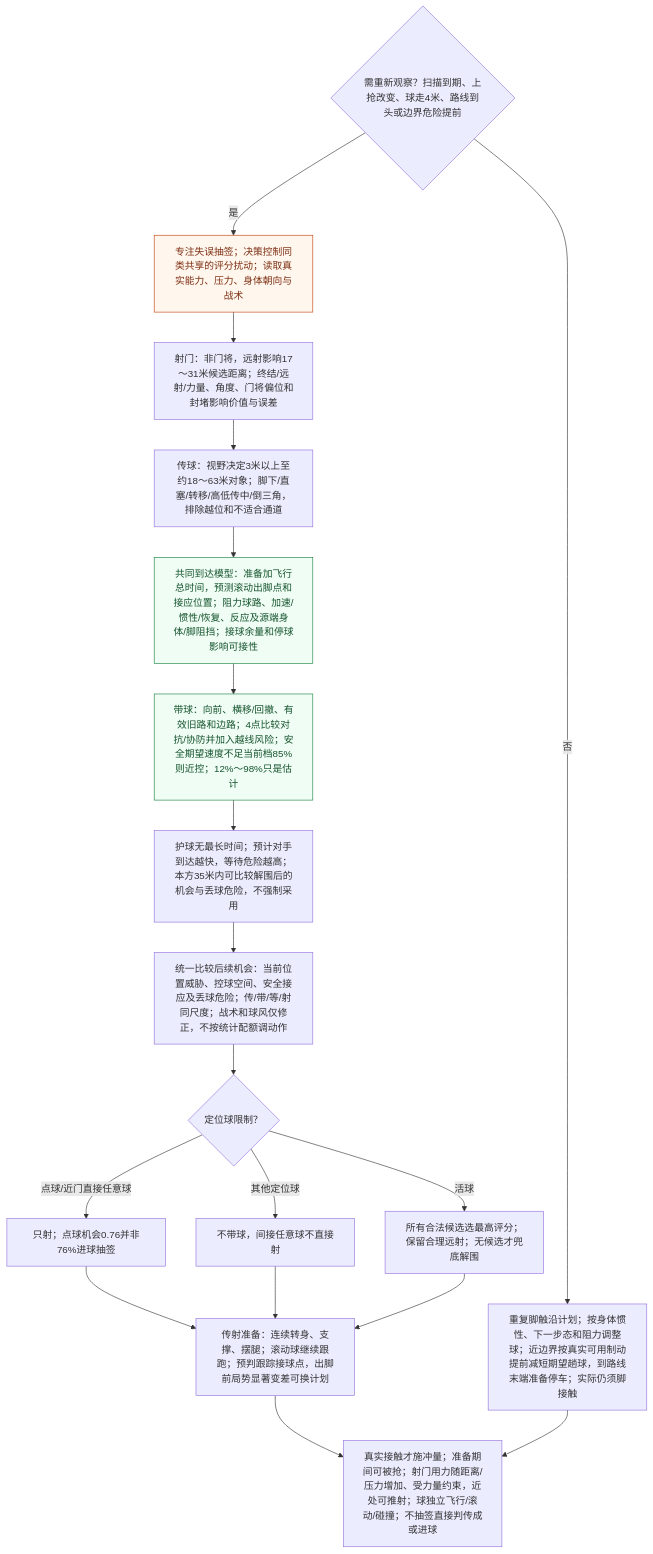
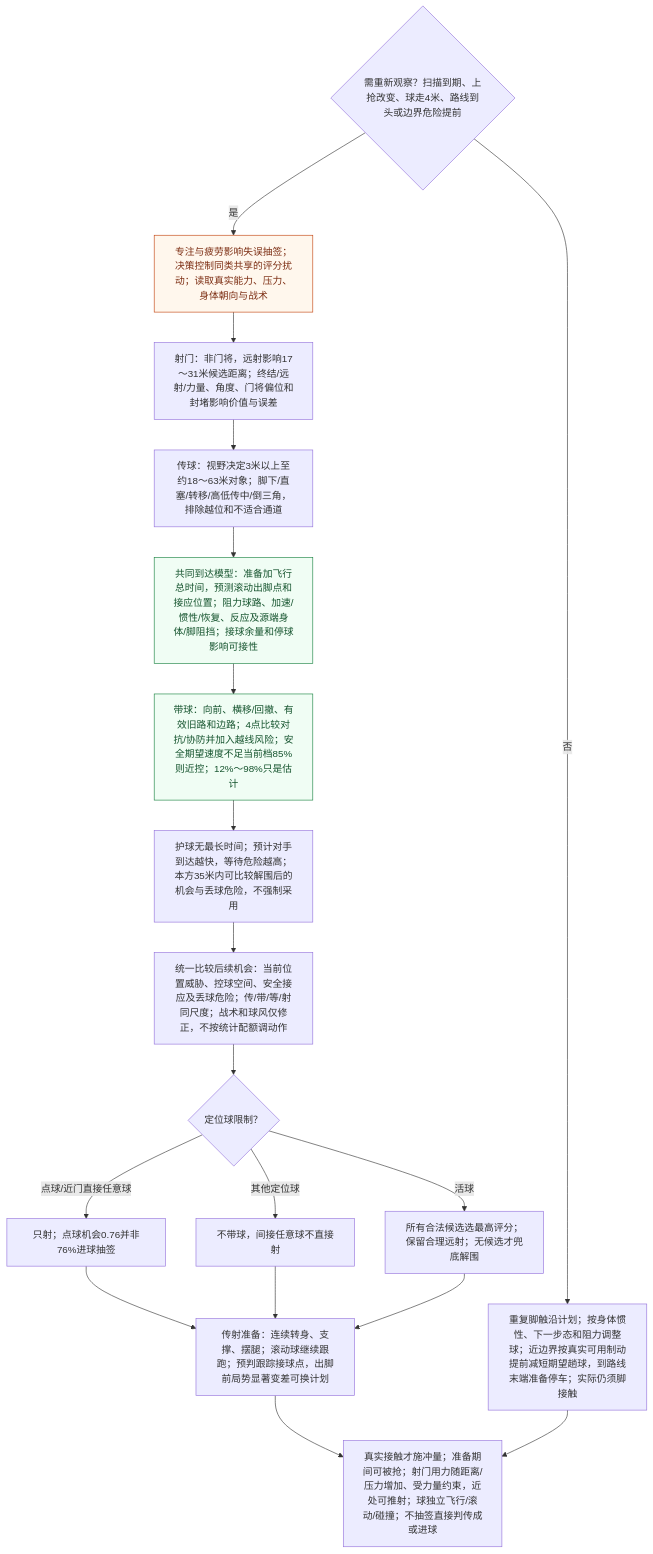
The fifth of 7 diagrams in packages/shared/modules/matches/design/PLAYER_DECISION_MAP.md (sixu3575/touchline-manager), drawn with Mermaid before and after one commit. The commit also changed other lines of this file and 36 other files, not shown here.

````diff
--- a/packages/shared/modules/matches/design/PLAYER_DECISION_MAP.md
+++ b/packages/shared/modules/matches/design/PLAYER_DECISION_MAP.md
@@ -158,24 +162,24 @@
 ```mermaid
 flowchart TD
   A0{"需重新观察？扫描到期、上抢改变、球走4米、路线到头或边界危险提前"} -->|否| AM["重复脚触沿计划；按身体惯性、下一步态和阻力调整球；近边界按真实可用制动提前减短期望趟球，到路线末端准备停车；实际仍须脚接触"]
-  A0 -->|是| A1["专注失误抽签；决策控制同类共享的评分扰动；读取真实能力、压力、身体朝向与战术"]
+  A0 -->|是| A1["专注与疲劳影响失误抽签；决策控制同类共享的评分扰动；读取真实能力、压力、身体朝向与战术"]
   A1 --> AS["射门：非门将，远射影响17～31米候选距离；终结/远射/力量、角度、门将偏位和封堵影响价值与误差"]
   AS --> AP["传球：视野决定3米以上至约18～63米对象；脚下/直塞/转移/高低传中/倒三角，排除越位和不适合通道"]
   AP --> AR["共同到达模型：准备加飞行总时间，预测滚动出脚点和接应位置；阻力球路、加速/惯性/恢复、反应及源端身体/脚阻挡；接球余量和停球影响可接性"]
   AR --> AC["带球：向前、横移/回撤、有效旧路和边路；4点比较对抗/协防并加入越线风险；安全期望速度不足当前档85%则近控；12%～98%只是估计"]
   AC --> AH["护球无最长时间；预计对手到达越快，等待危险越高；本方35米内可比较解围后的机会与丢球危险，不强制采用"]
   AH --> AV["统一比较后续机会：当前位置威胁、控球空间、安全接应及丢球危险；传/带/等/射同尺度；战术和球风仅修正，不按统计配额调动作"]
   AV --> AX{"定位球限制？"}
   AX -->|点球/近门直接任意球| AD["只射；点球机会0.76并非76%进球抽签"]
   AX -->|其他定位球| AF["不带球，间接任意球不直接射"]
   AX -->|活球| AB["所有合法候选选最高评分；保留合理远射；无候选才兜底解围"]
   AD --> AE["传射准备：连续转身、支撑、摆腿；滚动球继续跟跑；预判跟踪接球点，出脚前局势显著变差可换计划"]
   AF --> AE
   AB --> AE
   AE --> AK["真实接触才施冲量；准备期间可被抢；射门用力随距离/压力增加、受力量约束，近处可推射；球独立飞行/滚动/碰撞；不抽签直接判传成或进球"]
   AM --> AK
   classDef draw fill:#fff7ed,stroke:#c2410c,color:#7c2d12
   classDef estimate fill:#f0fdf4,stroke:#15803d,color:#14532d
   class A1 draw
   class AR,AC estimate
 ```
````
